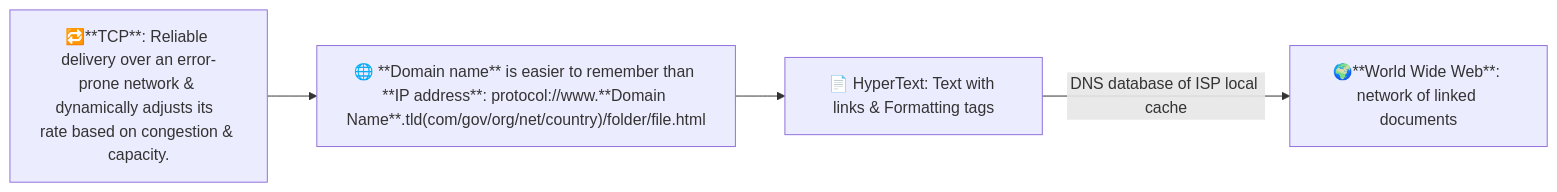
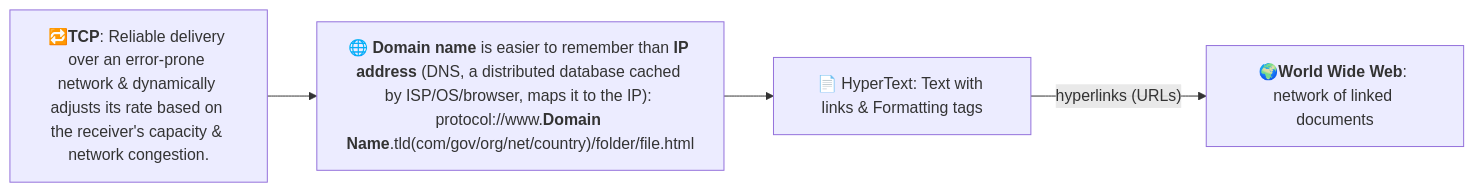
One commit to 23f2001665/mad1-notes-mine changed the second of 3 diagrams in week1/1-3-network-history-TCP.md. Above: the diagram before and after it, drawn with Mermaid. The commit also changed other lines of this file and 34 other files, not shown here.

````diff
--- a/week1/1-3-network-history-TCP.md
+++ b/week1/1-3-network-history-TCP.md
@@ -19,8 +19,8 @@
 ```mermaid
 flowchart LR
-tcp["🔁**TCP**: Reliable delivery over an error-prone network & dynamically adjusts its  rate based on congestion & capacity."] 
-domain["🌐 **Domain name** is easier to remember than **IP address**: protocol://www.**Domain Name**.tld(com/gov/org/net/country)/folder/file.html"]
+tcp["🔁<b>TCP</b>: Reliable delivery over an error-prone network & dynamically adjusts its rate based on the receiver's capacity & network congestion."]
+domain["🌐 <b>Domain name</b> is easier to remember than <b>IP address</b> (DNS, a distributed database cached by ISP/OS/browser, maps it to the IP): protocol://www.<b>Domain Name</b>.tld(com/gov/org/net/country)/folder/file.html"]
 http["📄 HyperText: Text with links & Formatting tags"]
-web["🌍**World Wide Web**: network of linked documents"]
-tcp --> domain --> http --"DNS database of ISP local cache"--> web 
+web["🌍<b>World Wide Web</b>: network of linked documents"]
+tcp --> domain --> http --"hyperlinks (URLs)"--> web
 ```
````
